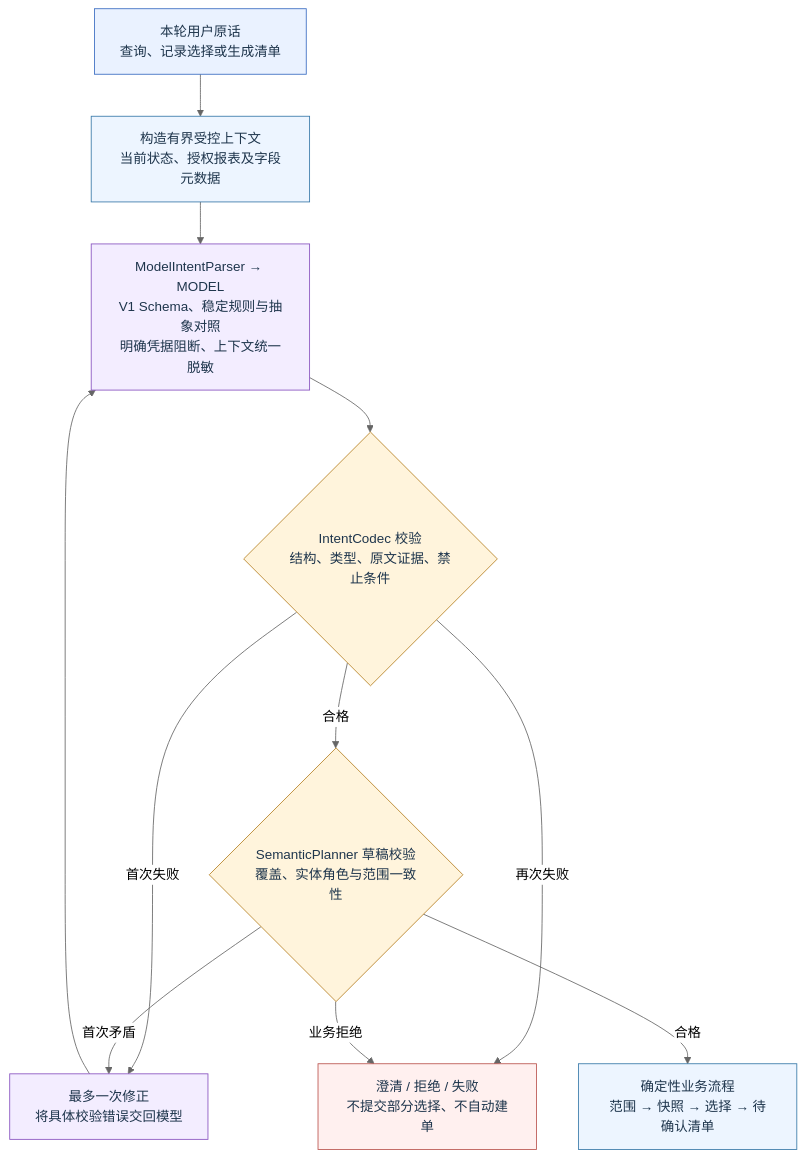
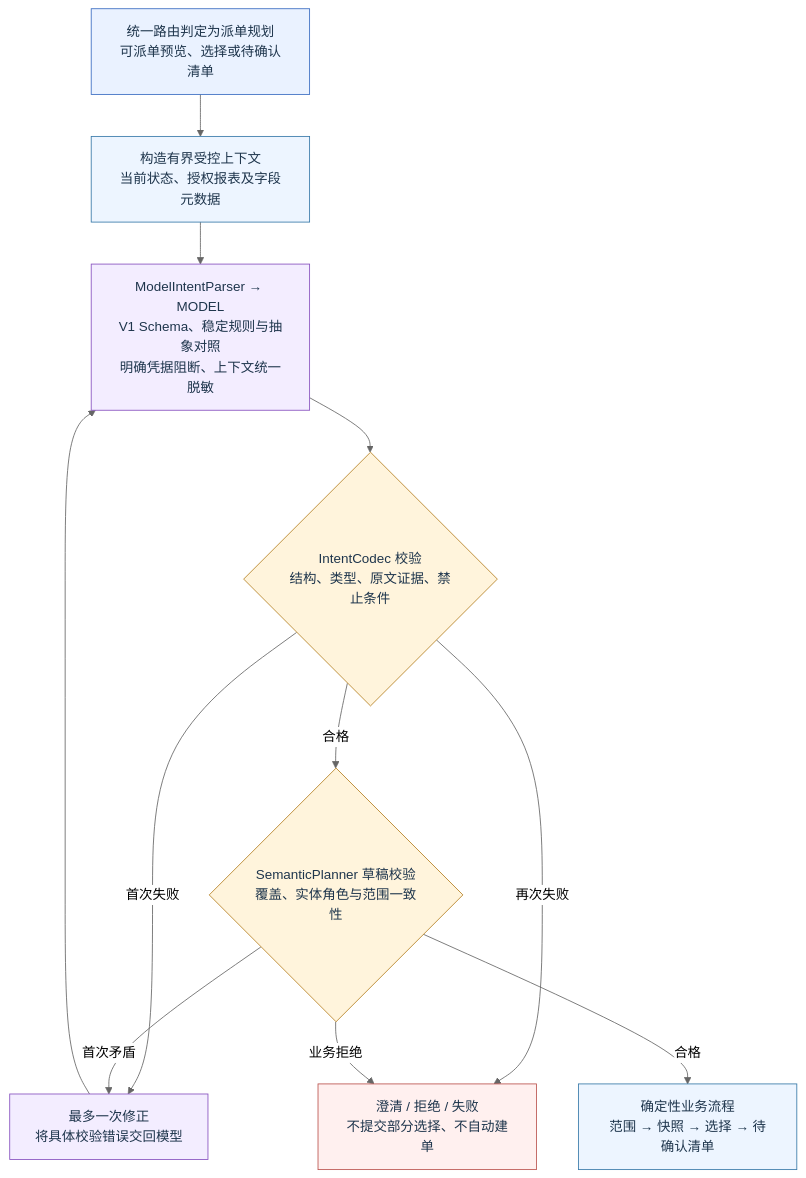
The diagram in docs/diagrams/demo-final/02.mmd (QSZJAVA/agent_demo), drawn with Mermaid (neutral theme) before and after one commit. The commit also changed 132 other files, not shown here.

```diff
--- a/docs/diagrams/demo-final/02.mmd
+++ b/docs/diagrams/demo-final/02.mmd
@@ -1,26 +1,26 @@
 flowchart TD
-  in["本轮用户原话<br/>查询、记录选择或生成清单"]:::ui
+  in["统一路由判定为派单规划<br/>可派单预览、选择或待确认清单"]:::ui
   context["构造有界受控上下文<br/>当前状态、授权报表及字段元数据"]:::agent
   model["ModelIntentParser → MODEL<br/>V1 Schema、稳定规则与抽象对照<br/>明确凭据阻断、上下文统一脱敏"]:::model
   codec{"IntentCodec 校验<br/>结构、类型、原文证据、禁止条件"}:::guard
   retry["最多一次修正<br/>将具体校验错误交回模型"]:::model
   draft{"SemanticPlanner 草稿校验<br/>覆盖、实体角色与范围一致性"}:::guard
   fail["澄清 / 拒绝 / 失败<br/>不提交部分选择、不自动建单"]:::error
   apply["确定性业务流程<br/>范围 → 快照 → 选择 → 待确认清单"]:::agent
   in --> context
   context --> model
   model --> codec
   codec -->|"首次失败"| retry
   retry --> model
   codec -->|"合格"| draft
   draft -->|"首次矛盾"| retry
   codec -->|"再次失败"| fail
   draft -->|"业务拒绝"| fail
   draft -->|"合格"| apply
   classDef ui fill:#eaf2ff,stroke:#386bc1,color:#1e354c
   classDef agent fill:#edf5ff,stroke:#3778a8,color:#1e354c
   classDef model fill:#f3edff,stroke:#8751bf,color:#1e354c
   classDef business fill:#e8f7ef,stroke:#268255,color:#1e354c
   classDef guard fill:#fff4dc,stroke:#b58022,color:#1e354c
   classDef error fill:#fff0ef,stroke:#ba534e,color:#1e354c
   classDef store fill:#edf1f5,stroke:#60768b,color:#1e354c
```
